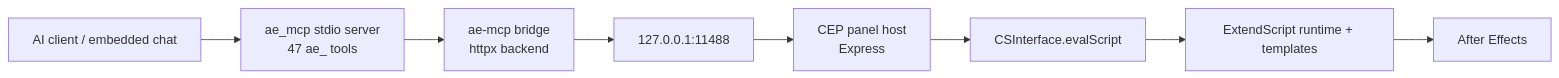
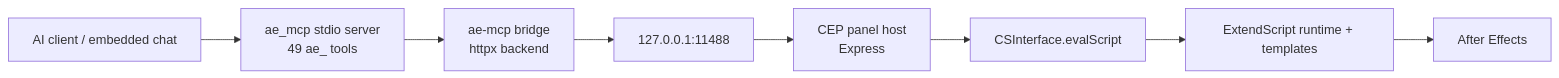
Before and after one commit to JUNKDOGE-JOE/after-effects-mcp: the third of 4 diagrams in docs/WORKFLOW.md, drawn with Mermaid. The commit also changed other lines of this file and 42 other files, not shown here.

Commit message:
feat(native): add bounded AEGP project graph (#99) (#100)

````diff
--- a/docs/WORKFLOW.md
+++ b/docs/WORKFLOW.md
@@ -223,10 +223,10 @@
 ```mermaid
 flowchart LR
-    A["AI client / embedded chat"] --> B["ae_mcp stdio server<br/>47 ae_ tools"]
+    A["AI client / embedded chat"] --> B["ae_mcp stdio server<br/>49 ae_ tools"]
     B --> C["ae-mcp bridge<br/>httpx backend"]
     C --> D["127.0.0.1:11488"]
     D --> E["CEP panel host<br/>Express"]
     E --> F["CSInterface.evalScript"]
     F --> G["ExtendScript runtime + templates"]
     G --> H["After Effects"]
 ```
````
